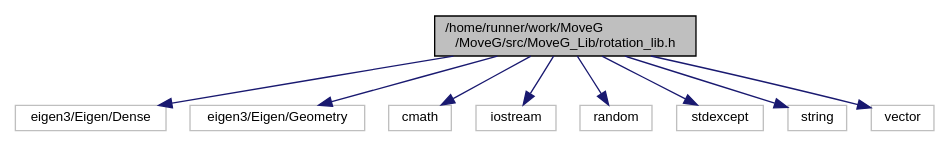
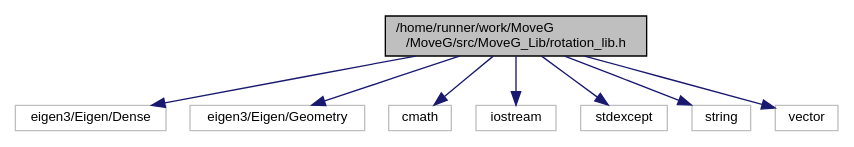
One commit to GiorgioMedico/MoveG changed the diagram in rotation__lib_8h__incl.dot. Above: the diagram before and after it, drawn with Graphviz. The commit also changed 46 other files, not shown here.

```diff
--- a/rotation__lib_8h__incl.dot
+++ b/rotation__lib_8h__incl.dot
@@ -1,23 +1,21 @@
 digraph "/home/runner/work/MoveG/MoveG/src/MoveG_Lib/rotation_lib.h"
 {
  // LATEX_PDF_SIZE
   edge [fontname="Helvetica",fontsize="10",labelfontname="Helvetica",labelfontsize="10"];
   node [fontname="Helvetica",fontsize="10",shape=record];
   Node1 [label="/home/runner/work/MoveG\l/MoveG/src/MoveG_Lib/rotation_lib.h",height=0.2,width=0.4,color="black", fillcolor="grey75", style="filled", fontcolor="black",tooltip="Classe per la rappresentazione e manipolazione di rotazioni in 3D."];
   Node1 -> Node2 [color="midnightblue",fontsize="10",style="solid",fontname="Helvetica"];
   Node2 [label="eigen3/Eigen/Dense",height=0.2,width=0.4,color="grey75", fillcolor="white", style="filled",tooltip=" "];
   Node1 -> Node3 [color="midnightblue",fontsize="10",style="solid",fontname="Helvetica"];
   Node3 [label="eigen3/Eigen/Geometry",height=0.2,width=0.4,color="grey75", fillcolor="white", style="filled",tooltip=" "];
   Node1 -> Node4 [color="midnightblue",fontsize="10",style="solid",fontname="Helvetica"];
   Node4 [label="cmath",height=0.2,width=0.4,color="grey75", fillcolor="white", style="filled",tooltip=" "];
   Node1 -> Node5 [color="midnightblue",fontsize="10",style="solid",fontname="Helvetica"];
   Node5 [label="iostream",height=0.2,width=0.4,color="grey75", fillcolor="white", style="filled",tooltip=" "];
   Node1 -> Node6 [color="midnightblue",fontsize="10",style="solid",fontname="Helvetica"];
-  Node6 [label="random",height=0.2,width=0.4,color="grey75", fillcolor="white", style="filled",tooltip=" "];
+  Node6 [label="stdexcept",height=0.2,width=0.4,color="grey75", fillcolor="white", style="filled",tooltip=" "];
   Node1 -> Node7 [color="midnightblue",fontsize="10",style="solid",fontname="Helvetica"];
-  Node7 [label="stdexcept",height=0.2,width=0.4,color="grey75", fillcolor="white", style="filled",tooltip=" "];
+  Node7 [label="string",height=0.2,width=0.4,color="grey75", fillcolor="white", style="filled",tooltip=" "];
   Node1 -> Node8 [color="midnightblue",fontsize="10",style="solid",fontname="Helvetica"];
-  Node8 [label="string",height=0.2,width=0.4,color="grey75", fillcolor="white", style="filled",tooltip=" "];
-  Node1 -> Node9 [color="midnightblue",fontsize="10",style="solid",fontname="Helvetica"];
-  Node9 [label="vector",height=0.2,width=0.4,color="grey75", fillcolor="white", style="filled",tooltip=" "];
+  Node8 [label="vector",height=0.2,width=0.4,color="grey75", fillcolor="white", style="filled",tooltip=" "];
 }
```
